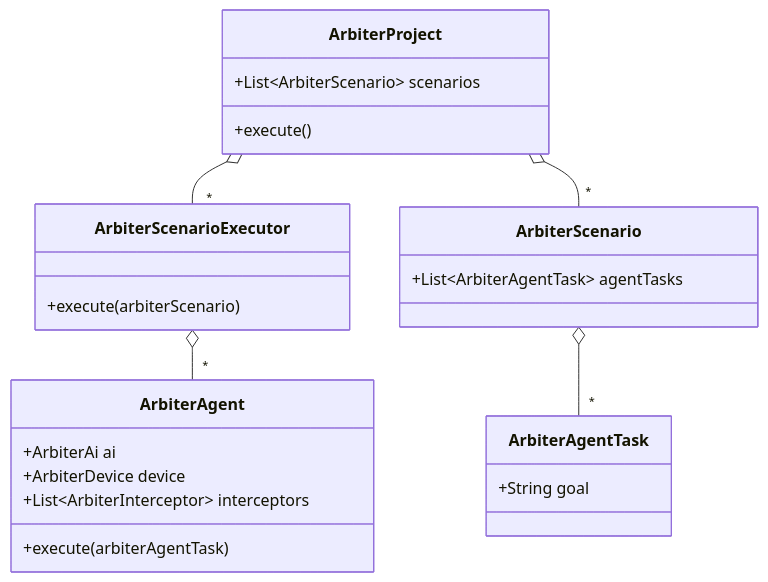
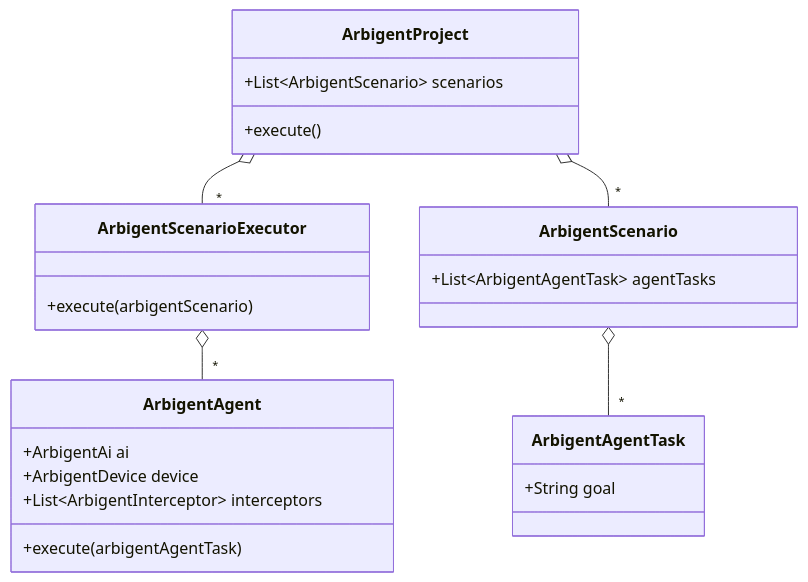
One commit to takahirom/arbigent changed the second of 2 diagrams in README.md. Above: the diagram before and after it, drawn with Mermaid. The commit also changed other lines of this file and 93 other files, not shown here.

````diff
--- a/README.md
+++ b/README.md
@@ -127,27 +127,27 @@
 ```mermaid
 classDiagram
   direction TB
-  class ArbiterProject {
-    +List~ArbiterScenario~ scenarios
+  class ArbigentProject {
+    +List~ArbigentScenario~ scenarios
     +execute()
   }
-  class ArbiterAgentTask {
+  class ArbigentAgentTask {
     +String goal
   }
-  class ArbiterAgent {
-    +ArbiterAi ai
-    +ArbiterDevice device
-    +List~ArbiterInterceptor~ interceptors
-    +execute(arbiterAgentTask)
+  class ArbigentAgent {
+    +ArbigentAi ai
+    +ArbigentDevice device
+    +List~ArbigentInterceptor~ interceptors
+    +execute(arbigentAgentTask)
   }
-  class ArbiterScenarioExecutor {
-    +execute(arbiterScenario)
+  class ArbigentScenarioExecutor {
+    +execute(arbigentScenario)
   }
-  class ArbiterScenario {
-    +List~ArbiterAgentTask~ agentTasks
+  class ArbigentScenario {
+    +List~ArbigentAgentTask~ agentTasks
   }
-  ArbiterProject o--"*" ArbiterScenarioExecutor
-ArbiterScenarioExecutor o--"*" ArbiterAgent
-ArbiterScenario o--"*" ArbiterAgentTask
-ArbiterProject o--"*" ArbiterScenario
+  ArbigentProject o--"*" ArbigentScenarioExecutor
+ArbigentScenarioExecutor o--"*" ArbigentAgent
+ArbigentScenario o--"*" ArbigentAgentTask
+ArbigentProject o--"*" ArbigentScenario
 ```
````
